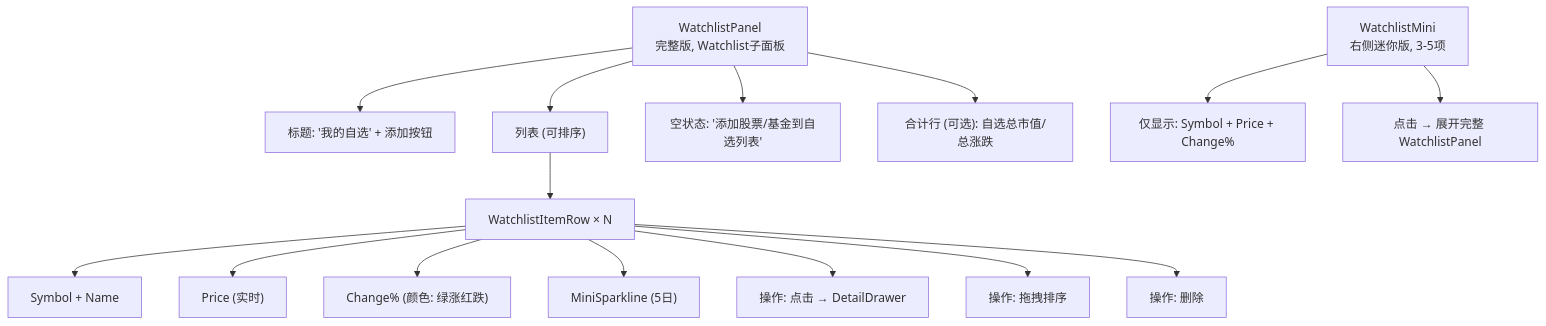
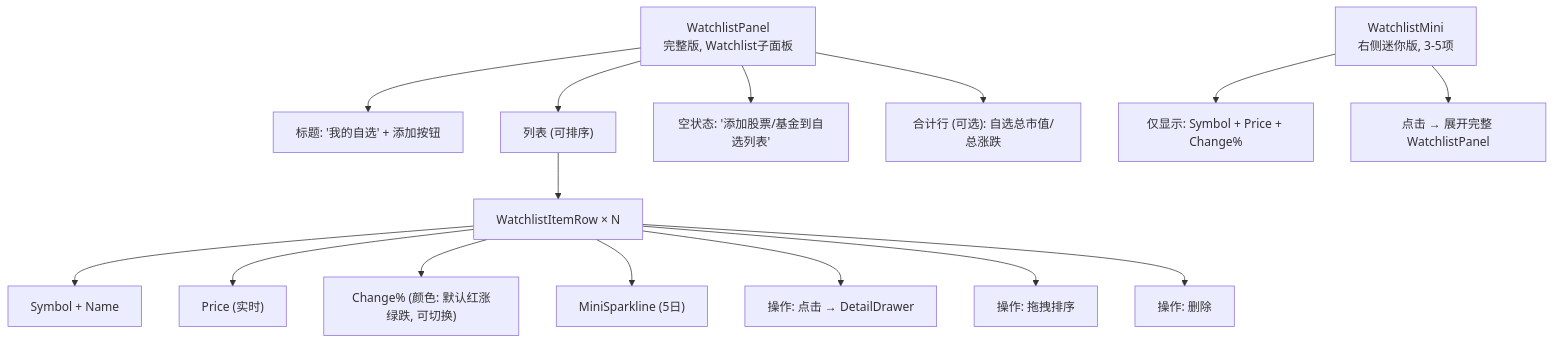
Before and after one commit to onceme/instantboard: the second of 7 diagrams in docs/design/finance-tab.md, drawn with Mermaid. The commit also changed other lines of this file and 6 other files, not shown here.

````diff
--- a/docs/design/finance-tab.md
+++ b/docs/design/finance-tab.md
@@ -86,20 +87,20 @@
 ```mermaid
 graph TD
     WP["WatchlistPanel<br/>完整版, Watchlist子面板"]
     WP --> Title["标题: '我的自选' + 添加按钮"]
     WP --> List["列表 (可排序)"]
     List --> WIR["WatchlistItemRow × N"]
     WIR --> SN["Symbol + Name"]
     WIR --> Price["Price (实时)"]
-    WIR --> Change["Change% (颜色: 绿涨红跌)"]
+    WIR --> Change["Change% (颜色: 默认红涨绿跌, 可切换)"]
     WIR --> MS["MiniSparkline (5日)"]
     WIR --> Click["操作: 点击 → DetailDrawer"]
     WIR --> Drag["操作: 拖拽排序"]
     WIR --> Delete["操作: 删除"]
     WP --> Empty["空状态: '添加股票/基金到自选列表'"]
     WP --> Total["合计行 (可选): 自选总市值/总涨跌"]
 
     WM["WatchlistMini<br/>右侧迷你版, 3-5项"]
     WM --> MiniShow["仅显示: Symbol + Price + Change%"]
     WM --> Expand["点击 → 展开完整 WatchlistPanel"]
 ```
````
